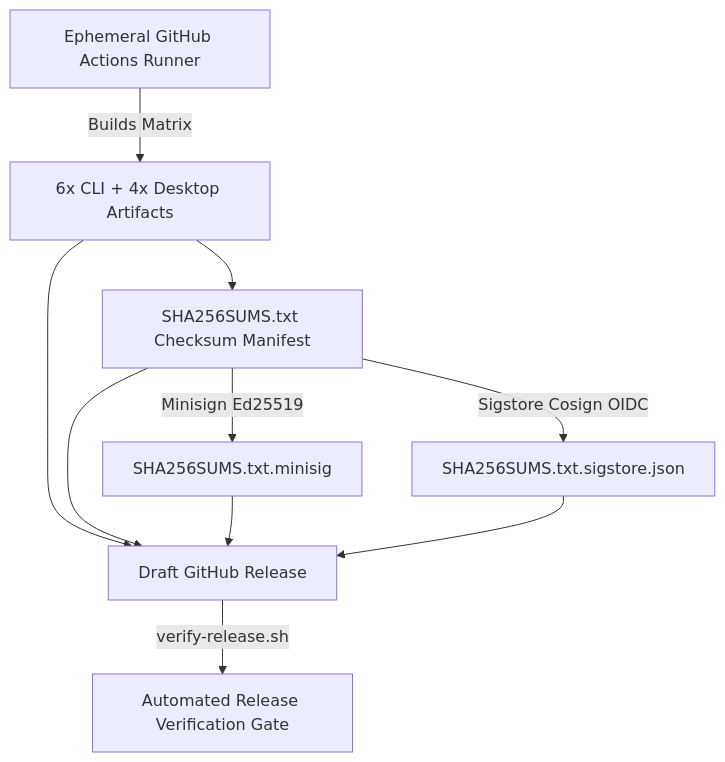
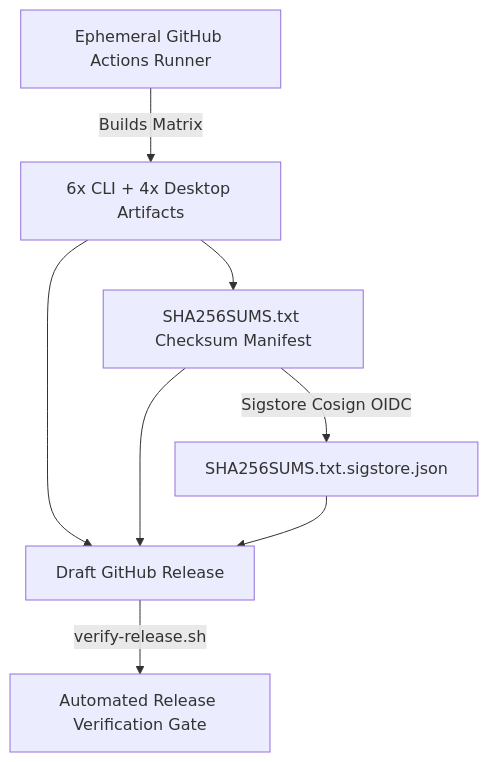
Before and after one commit to Akshay7273/sendbeam: the diagram in docs/supply-chain.md, drawn with Mermaid. The commit also changed other lines of this file and 11 other files, not shown here.

````diff
--- a/docs/supply-chain.md
+++ b/docs/supply-chain.md
@@ -24,9 +28,8 @@
 ```mermaid
 flowchart TD
     A[Ephemeral GitHub Actions Runner] -->|Builds Matrix| B[6x CLI + 4x Desktop Artifacts]
     B --> C[SHA256SUMS.txt Checksum Manifest]
-    C -->|Minisign Ed25519| D[SHA256SUMS.txt.minisig]
     C -->|Sigstore Cosign OIDC| E[SHA256SUMS.txt.sigstore.json]
-    B & C & D & E --> F[Draft GitHub Release]
+    B & C & E --> F[Draft GitHub Release]
     F -->|verify-release.sh| G[Automated Release Verification Gate]
 ```
````
